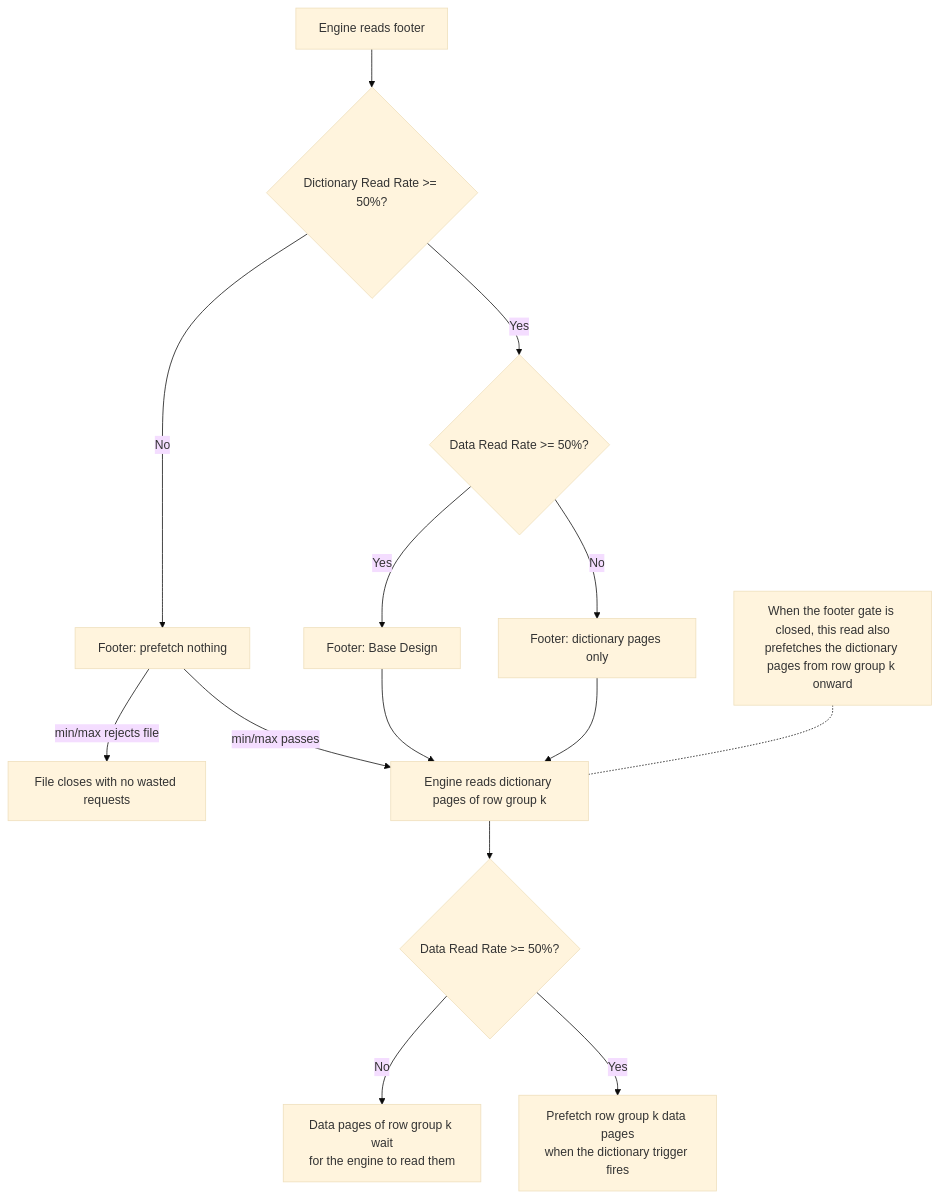
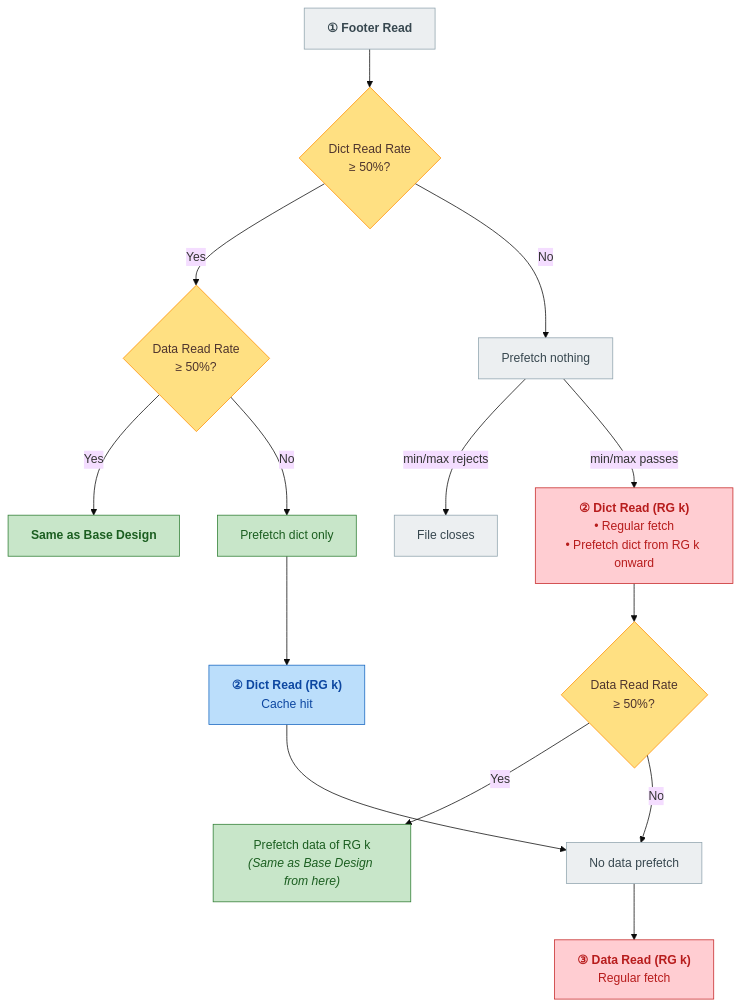
One commit to prudhvimaharishi/gcs-analytics-core changed the sixth of 9 diagrams in .agents/predictive_prefetching_design_doc.md. Above: the diagram before and after it, drawn with Mermaid (base theme). The commit also changed other lines of this file, not shown here.

First line of the commit message:
docs: simplify Guardrail 1 read-rate gate flowchart

````diff
--- a/.agents/predictive_prefetching_design_doc.md
+++ b/.agents/predictive_prefetching_design_doc.md
@@ -323,17 +323,52 @@
 ```mermaid
 flowchart TD
-    Footer["Engine reads footer"] --> G1{"Dictionary Read Rate >= 50%?"}
-    G1 -- "Yes" --> G2{"Data Read Rate >= 50%?"}
-    G2 -- "Yes" --> FBase["Footer: Base Design"]
-    G2 -- "No" --> FDict["Footer: dictionary pages only"]
-    G1 -- "No" --> FNone["Footer: prefetch nothing"]
-    FNone -- "min/max rejects file" --> Closed["File closes with no wasted requests"]
-    FNone -- "min/max passes" --> Dict["Engine reads dictionary pages of row group k"]
-    FBase --> Dict
-    FDict --> Dict
-    Dict --> G3{"Data Read Rate >= 50%?"}
-    G3 -- "No" --> Hold["Data pages of row group k wait<br/>for the engine to read them"]
-    G3 -- "Yes" --> DataK["Prefetch row group k data pages<br/>when the dictionary trigger fires"]
-    NoteDict["When the footer gate is closed, this read also<br/>prefetches the dictionary pages from row group k onward"]
-    NoteDict -.- Dict
+    %% Nodes
+    F["<b>① Footer Read</b>"]
+    G1{"Dict Read Rate<br/>≥ 50%?"}
+    G2a{"Data Read Rate<br/>≥ 50%?"}
+
+    B1["<b>Same as Base Design</b>"]
+    FD["Prefetch dict only"]
+    D1["<b>② Dict Read (RG k)</b><br/>Cache hit"]
+
+    F0["Prefetch nothing"]
+    X["File closes"]
+    D0["<b>② Dict Read (RG k)</b><br/>• Regular fetch<br/>• Prefetch dict from RG k onward"]
+    G2{"Data Read Rate<br/>≥ 50%?"}
+
+    B2["Prefetch data of RG k<br/><i>(Same as Base Design from here)</i>"]
+    N["No data prefetch"]
+    M3["<b>③ Data Read (RG k)</b><br/>Regular fetch"]
+
+    %% Flow/Connections
+    F --> G1
+
+    G1 -- "Yes" --> G2a
+    G2a -- "Yes" --> B1
+    G2a -- "No" --> FD
+    FD --> D1
+
+    G1 -- "No" --> F0
+    F0 -- "min/max rejects" --> X
+    F0 -- "min/max passes" --> D0
+    D0 --> G2
+
+    G2 -- "Yes" --> B2
+    G2 -- "No" --> N
+    D1 --> N
+
+    N --> M3
+
+    %% Styling definitions
+    classDef none fill:#eceff1,stroke:#90a4ae,color:#37474f
+    classDef pref fill:#c8e6c9,stroke:#2e7d32,color:#1b5e20
+    classDef hit fill:#bbdefb,stroke:#1565c0,color:#0d47a1
+    classDef fetch fill:#ffcdd2,stroke:#c62828,color:#b71c1c
+    classDef gate fill:#ffe082,stroke:#ff8f00,color:#4e342e
+
+    class F,F0,N,X none
+    class B1,FD,B2 pref
+    class D1 hit
+    class D0,M3 fetch
+    class G1,G2a,G2 gate
 ```
````
